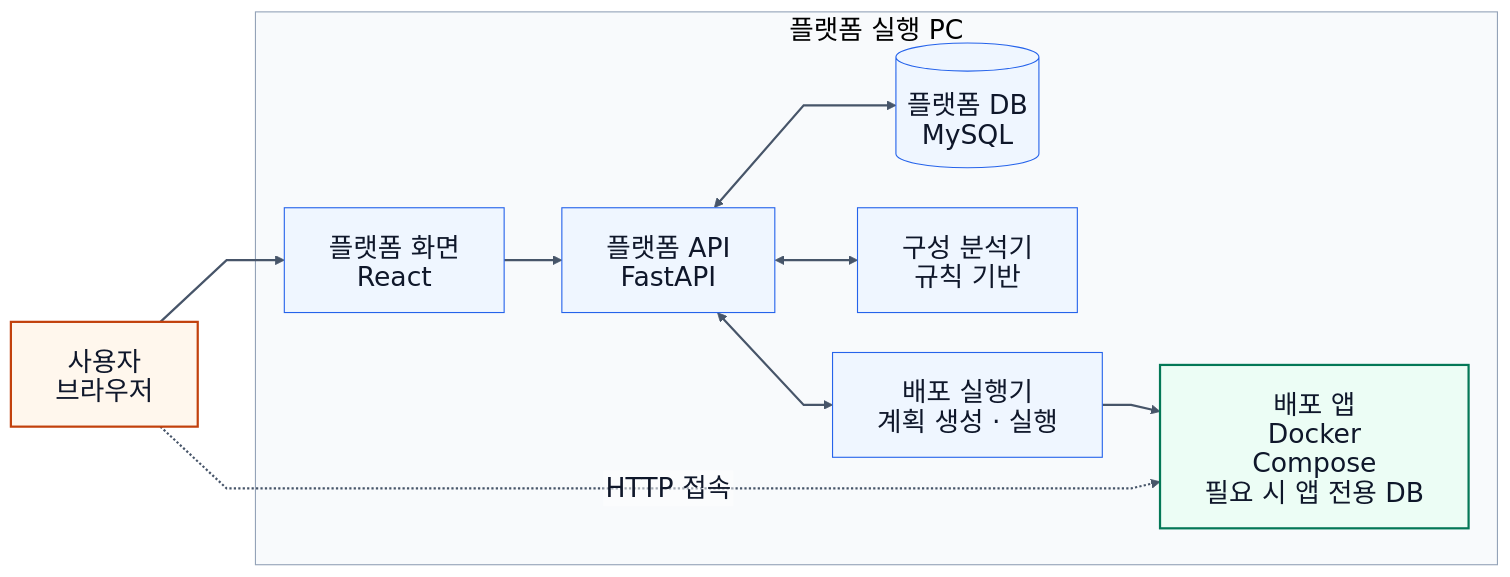
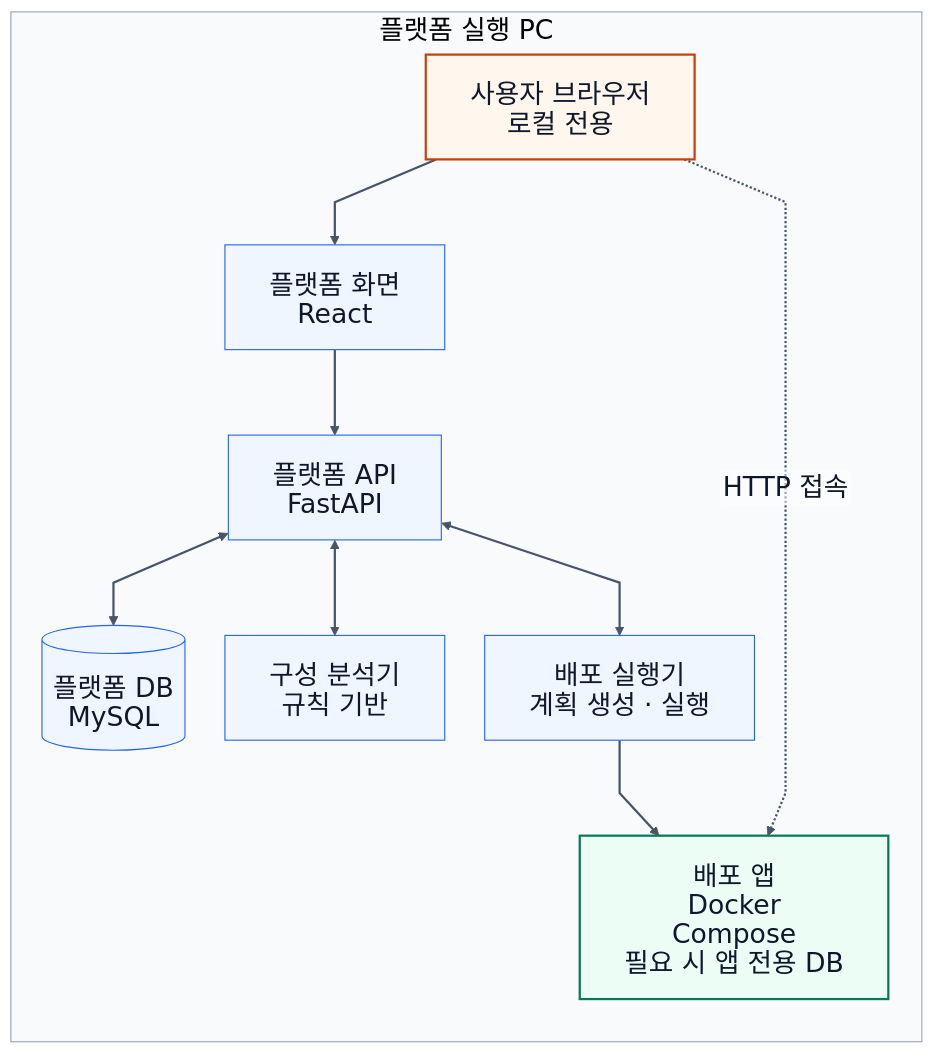
Before and after one commit to JinnyLyn/SoftBank-Hackathon: the first of 2 diagrams in docs/ONPREM_CHARTS.md, drawn with Mermaid.

Commit message:
docs: 온프레미스 브라우저의 로컬 접근 경계 명시

````diff
--- a/docs/ONPREM_CHARTS.md
+++ b/docs/ONPREM_CHARTS.md
@@ -14,29 +14,27 @@
 ```mermaid
 %%{init: {"theme":"base","htmlLabels":false,"themeVariables":{"background":"#FFFFFF","fontFamily":"Malgun Gothic, Noto Sans KR, Apple SD Gothic Neo, sans-serif","fontSize":"24px","primaryColor":"#EFF6FF","primaryTextColor":"#0F172A","primaryBorderColor":"#2563EB","lineColor":"#475569","edgeLabelBackground":"#FFFFFF","clusterBkg":"#F8FAFC","clusterBorder":"#94A3B8"},"themeCSS":".edgeLabel { font-size: 22px; } .cluster-label { font-weight: 700; }","flowchart":{"htmlLabels":false,"curve":"linear","nodeSpacing":36,"rankSpacing":52,"padding":20}}}%%
 flowchart LR
-    USER["사용자<br/>브라우저"]
-
     subgraph PC["플랫폼 실행 PC"]
+        USER["사용자 브라우저<br/>로컬 전용"]
         WEB["플랫폼 화면<br/>React"]
         API["플랫폼 API<br/>FastAPI"]
         DB[("플랫폼 DB<br/>MySQL")]
         ANALYZER["구성 분석기<br/>규칙 기반"]
         WORKER["배포 실행기<br/>계획 생성 · 실행"]
         APP["배포 앱<br/>Docker Compose<br/>필요 시 앱 전용 DB"]
 
         WEB --> API
         API <--> DB
         API <--> ANALYZER
         API <--> WORKER
         WORKER --> APP
+        USER --> WEB
+        USER -. HTTP 접속 .-> APP
     end
-
-    USER --> WEB
-    USER -. HTTP 접속 .-> APP
 
     classDef person fill:#FFF7ED,stroke:#C2410C,color:#0F172A,stroke-width:2px;
     classDef app fill:#ECFDF5,stroke:#047857,color:#0F172A,stroke-width:2px;
     class USER person;
     class APP app;
     linkStyle default stroke:#475569,stroke-width:2px;
 ```
````
